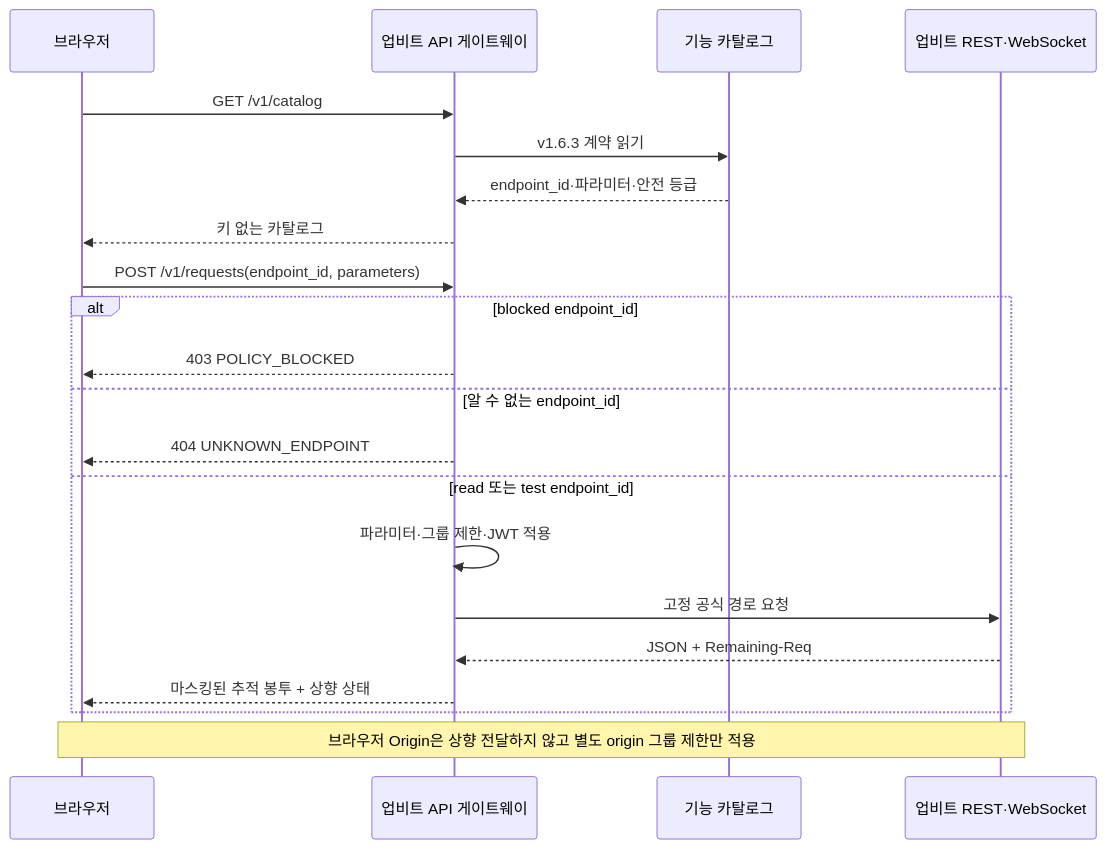
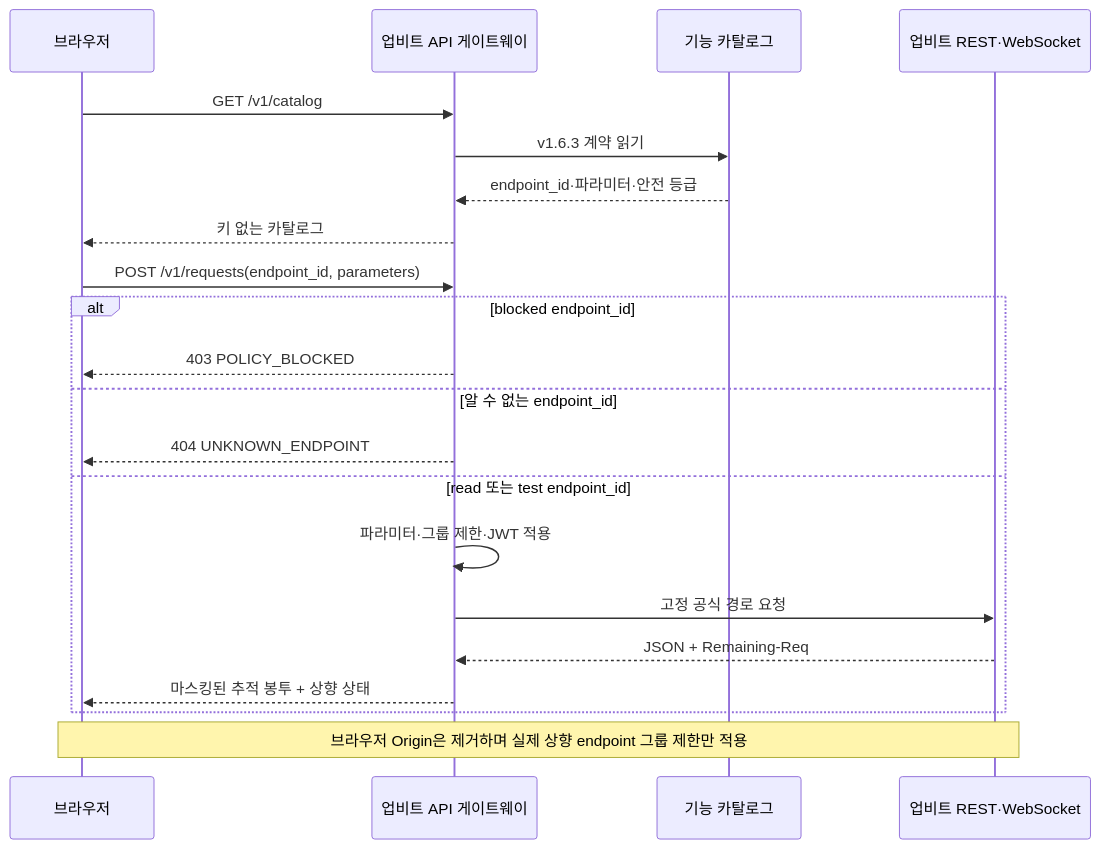
The diagram in docs/02_Architecture/upbit-api-gateway.md (goodjoon-company/goodmoneying), drawn with Mermaid before and after one commit. The commit also changed other lines of this file and 23 other files, not shown here.

````diff
--- a/docs/02_Architecture/upbit-api-gateway.md
+++ b/docs/02_Architecture/upbit-api-gateway.md
@@ -25,24 +25,24 @@
 ```mermaid
 sequenceDiagram
     participant B as 브라우저
     participant G as 업비트 API 게이트웨이
     participant C as 기능 카탈로그
     participant U as 업비트 REST·WebSocket
 
     B->>G: GET /v1/catalog
     G->>C: v1.6.3 계약 읽기
     C-->>G: endpoint_id·파라미터·안전 등급
     G-->>B: 키 없는 카탈로그
     B->>G: POST /v1/requests(endpoint_id, parameters)
     alt blocked endpoint_id
         G-->>B: 403 POLICY_BLOCKED
     else 알 수 없는 endpoint_id
         G-->>B: 404 UNKNOWN_ENDPOINT
     else read 또는 test endpoint_id
         G->>G: 파라미터·그룹 제한·JWT 적용
         G->>U: 고정 공식 경로 요청
         U-->>G: JSON + Remaining-Req
         G-->>B: 마스킹된 추적 봉투 + 상향 상태
     end
-    Note over B,U: 브라우저 Origin은 상향 전달하지 않고 별도 origin 그룹 제한만 적용
+    Note over B,U: 브라우저 Origin은 제거하며 실제 상향 endpoint 그룹 제한만 적용
 ```
````
